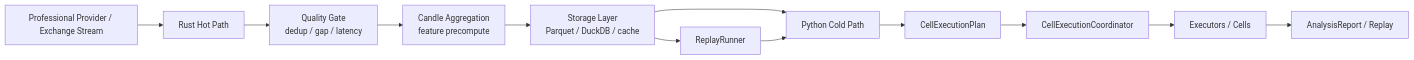
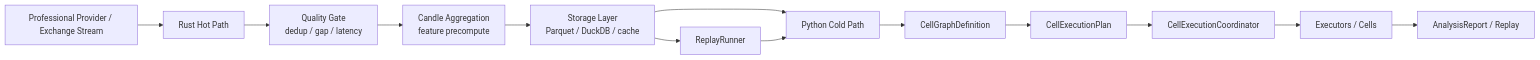
One commit to ModWU/market-cell changed the diagram in docs/runtime_architecture.md. Above: the diagram before and after it, drawn with Mermaid. The commit also changed other lines of this file and 38 other files, not shown here.

Commit message:
Add versioned Cell graph definitions

````diff
--- a/docs/runtime_architecture.md
+++ b/docs/runtime_architecture.md
@@ -17,15 +17,16 @@
 ```mermaid
 flowchart LR
     Provider["Professional Provider / Exchange Stream"] --> Hot["Rust Hot Path"]
     Hot --> Quality["Quality Gate<br/>dedup / gap / latency"]
     Quality --> Aggregation["Candle Aggregation<br/>feature precompute"]
     Aggregation --> Store["Storage Layer<br/>Parquet / DuckDB / cache"]
     Store --> Cold["Python Cold Path"]
-    Cold --> Plan["CellExecutionPlan"]
+    Cold --> Graph["CellGraphDefinition"]
+    Graph --> Plan["CellExecutionPlan"]
     Plan --> Coordinator["CellExecutionCoordinator"]
     Coordinator --> Cells["Executors / Cells"]
     Cells --> Report["AnalysisReport / Replay"]
 
     Store --> Replay["ReplayRunner"]
     Replay --> Cold
 ```
````
